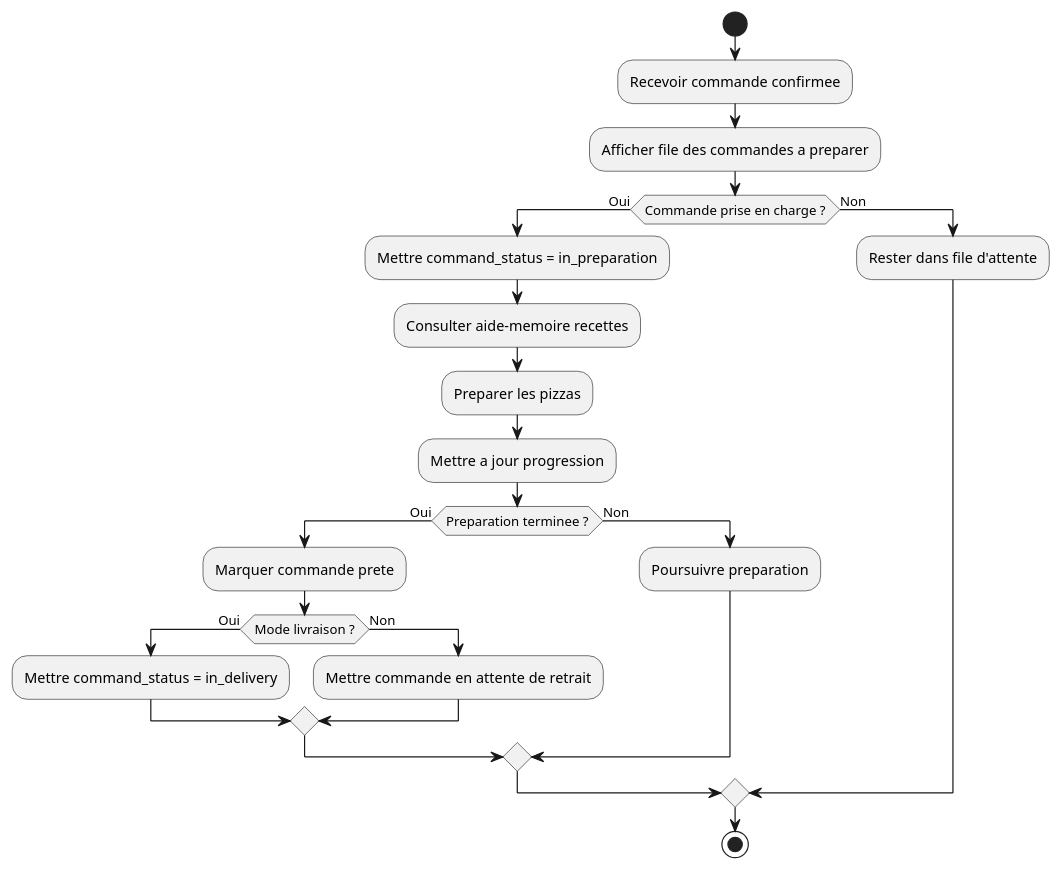
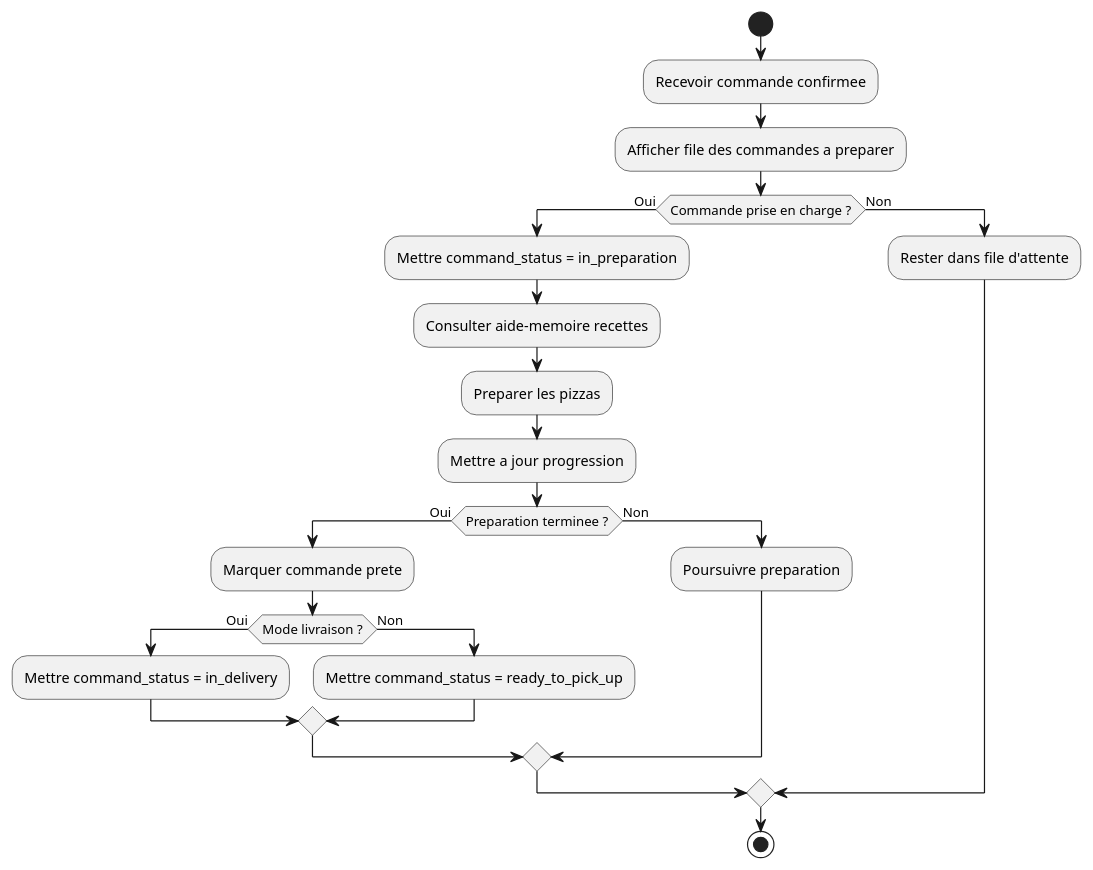
One commit to thekakamask/HandlePizza changed the diagram in workflows/55_worflow_preparation.puml. Above: the diagram before and after it, drawn with PlantUML. The commit also changed 58 other files, not shown here.

Commit message:
finalisation du dossier de conception fonctionnelle, ajout des diagrammes de séquence et du MPD, export PDF

```diff
--- a/workflows/55_worflow_preparation.puml
+++ b/workflows/55_worflow_preparation.puml
@@ -1,32 +1,32 @@
 @startuml
 skinparam monochrome true
 skinparam shadowing false
 skinparam defaultFontName Arial
 
 start
 :Recevoir commande confirmee;
 :Afficher file des commandes a preparer;
 
 if (Commande prise en charge ?) then (Oui)
   :Mettre command_status = in_preparation;
   :Consulter aide-memoire recettes;
   :Preparer les pizzas;
   :Mettre a jour progression;
 
   if (Preparation terminee ?) then (Oui)
     :Marquer commande prete;
     if (Mode livraison ?) then (Oui)
       :Mettre command_status = in_delivery;
     else (Non)
-      :Mettre commande en attente de retrait;
+      :Mettre command_status = ready_to_pick_up;
     endif
   else (Non)
     :Poursuivre preparation;
   endif
 
 else (Non)
   :Rester dans file d'attente;
 endif
 
 stop
 @enduml
```
